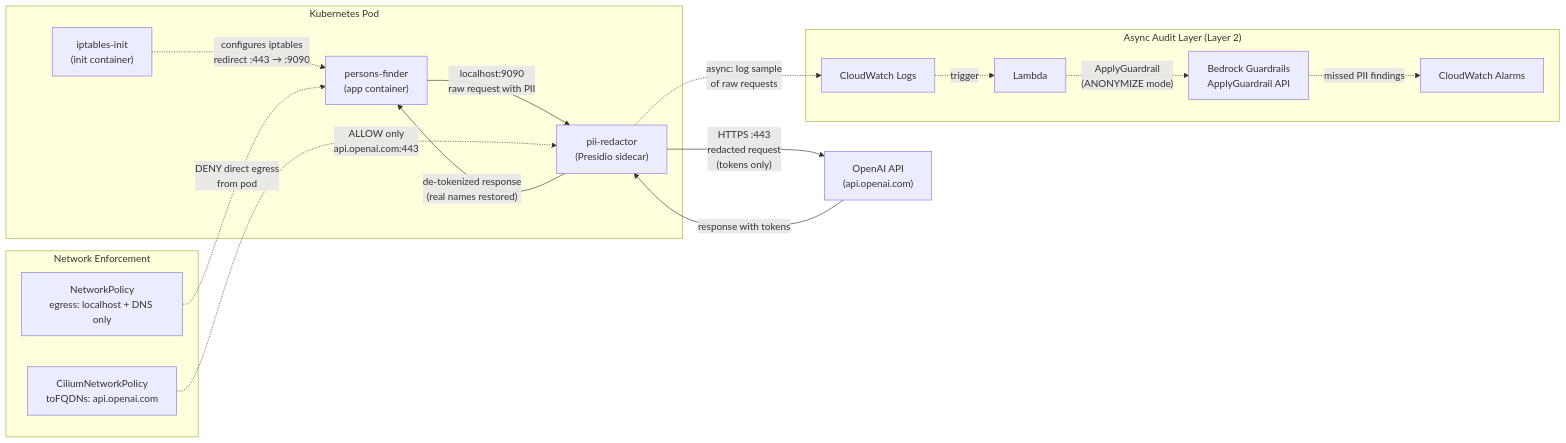
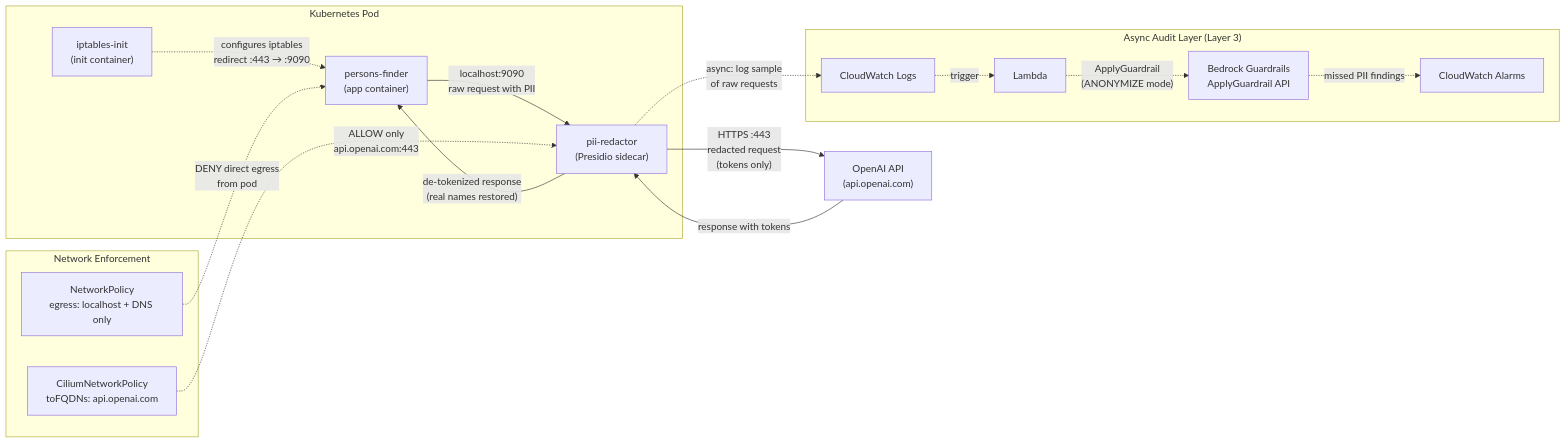
One commit to rni34/persons-finder-devops changed the diagram in ARCHITECTURE.md. Above: the diagram before and after it, drawn with Mermaid. The commit also changed other lines of this file and 51 other files, not shown here.

````diff
--- a/ARCHITECTURE.md
+++ b/ARCHITECTURE.md
@@ -54,36 +54,36 @@
 ```mermaid
 flowchart LR
     subgraph Pod["Kubernetes Pod"]
         Init["iptables-init<br/>(init container)"]
         App["persons-finder<br/>(app container)"]
         Sidecar["pii-redactor<br/>(Presidio sidecar)"]
     end
 
     subgraph NetworkLayer["Network Enforcement"]
         NP["NetworkPolicy<br/>egress: localhost + DNS only"]
         Cilium["CiliumNetworkPolicy<br/>toFQDNs: api.openai.com"]
     end
 
-    subgraph AuditLayer["Async Audit Layer (Layer 2)"]
+    subgraph AuditLayer["Async Audit Layer (Layer 3)"]
         CWL["CloudWatch Logs"]
         Lambda["Lambda"]
         BG["Bedrock Guardrails<br/>ApplyGuardrail API"]
         CWA["CloudWatch Alarms"]
     end
 
     LLM["OpenAI API<br/>(api.openai.com)"]
 
     Init -. "configures iptables<br/>redirect :443 → :9090" .-> App
     App -- "localhost:9090<br/>raw request with PII" --> Sidecar
     Sidecar -- "HTTPS :443<br/>redacted request<br/>(tokens only)" --> LLM
     LLM -- "response with tokens" --> Sidecar
     Sidecar -- "de-tokenized response<br/>(real names restored)" --> App
 
     NP -. "DENY direct egress<br/>from pod" .-> App
     Cilium -. "ALLOW only<br/>api.openai.com:443" .-> Sidecar
 
     Sidecar -. "async: log sample<br/>of raw requests" .-> CWL
     CWL -. "trigger" .-> Lambda
     Lambda -. "ApplyGuardrail<br/>(ANONYMIZE mode)" .-> BG
     BG -. "missed PII findings" .-> CWA
 ```
````
